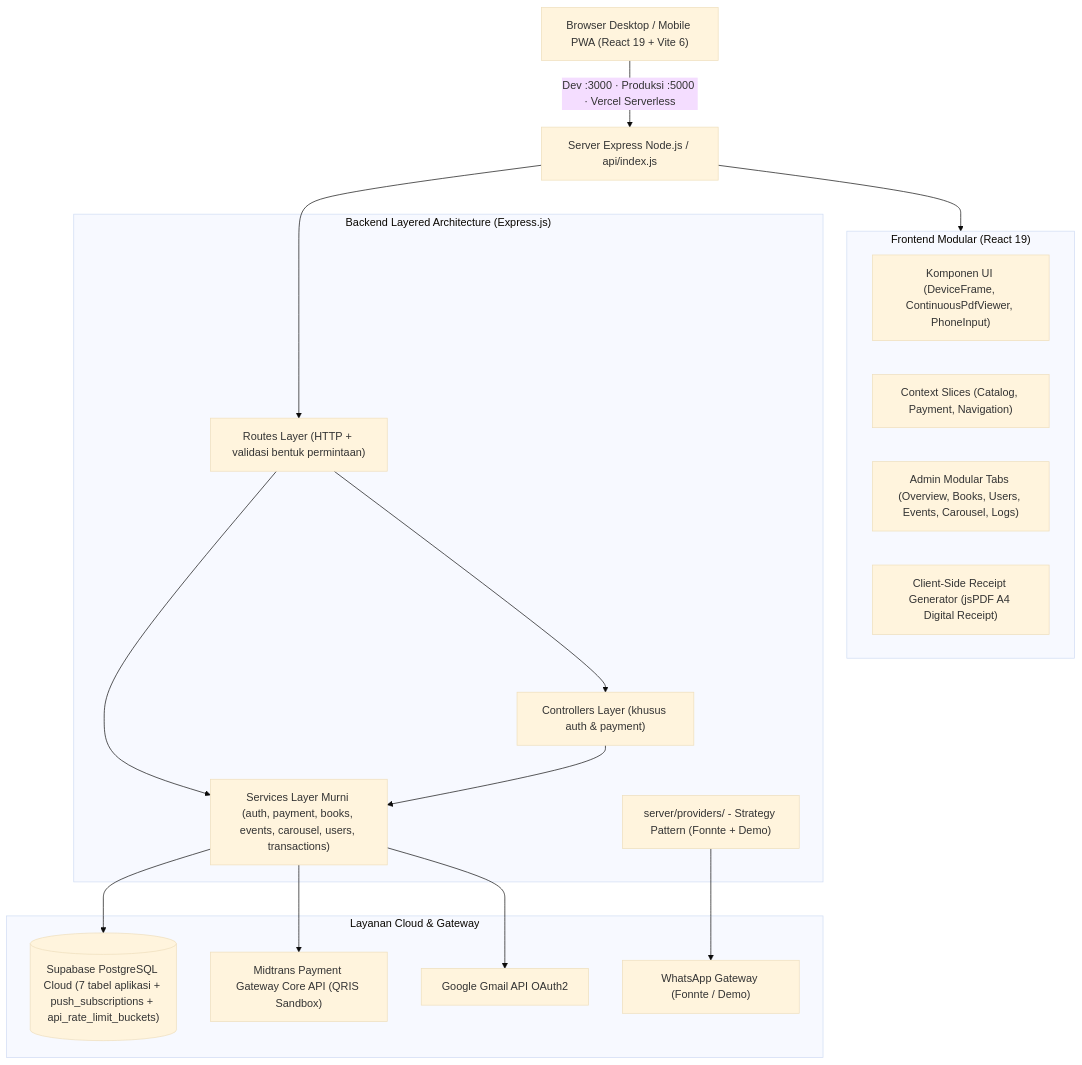
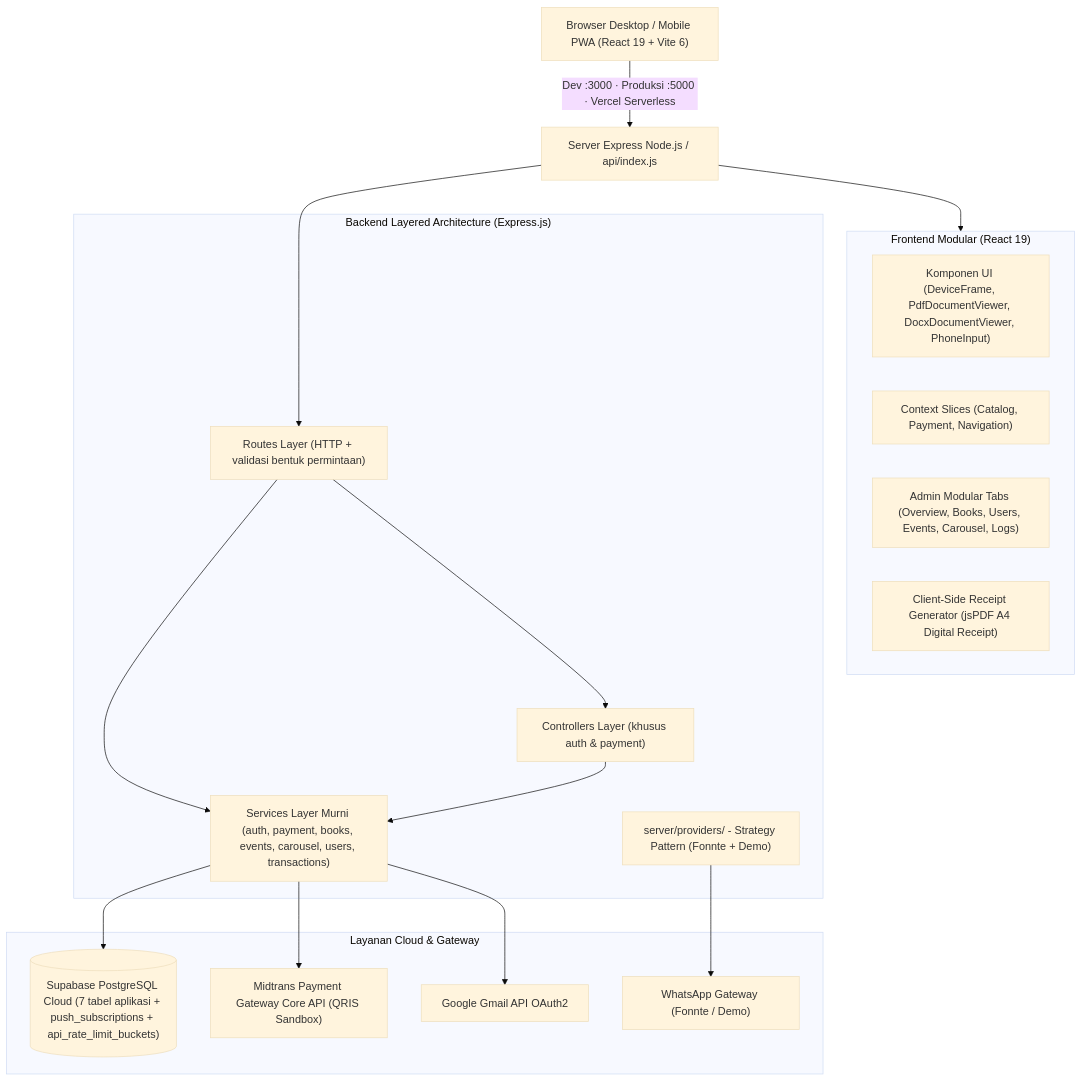
Before and after one commit to daffa-789/Mobile-app-ebook: the diagram in Master_Memory_Workflow.md, drawn with Mermaid (base theme). The commit also changed other lines of this file, not shown here.

Commit message:
docs: update Master_Memory_Workflow with native document engine refactoring and Supabase book unlock (R91)

````diff
--- a/Master_Memory_Workflow.md
+++ b/Master_Memory_Workflow.md
@@ -125,35 +125,35 @@
 ```mermaid
 graph TD
     Client["Browser Desktop / Mobile PWA (React 19 + Vite 6)"] -->|Dev :3000 · Produksi :5000 · Vercel Serverless| Express["Server Express Node.js / api/index.js"]
     
     subgraph Frontend ["Frontend Modular (React 19)"]
-        UI["Komponen UI (DeviceFrame, ContinuousPdfViewer, PhoneInput)"]
+        UI["Komponen UI (DeviceFrame, PdfDocumentViewer, DocxDocumentViewer, PhoneInput)"]
         State["Context Slices (Catalog, Payment, Navigation)"]
         AdminTabs["Admin Modular Tabs (Overview, Books, Users, Events, Carousel, Logs)"]
         Receipt["Client-Side Receipt Generator (jsPDF A4 Digital Receipt)"]
     end
 
     subgraph Backend ["Backend Layered Architecture (Express.js)"]
         Routes["Routes Layer (HTTP + validasi bentuk permintaan)"]
         Controllers["Controllers Layer (khusus auth & payment)"]
         Services["Services Layer Murni (auth, payment, books, events, carousel, users, transactions)"]
         WAProviders["server/providers/ - Strategy Pattern (Fonnte + Demo)"]
     end
 
     subgraph External ["Layanan Cloud & Gateway"]
         Supa[("Supabase PostgreSQL Cloud (7 tabel aplikasi + push_subscriptions + api_rate_limit_buckets)")]
         Midtrans["Midtrans Payment Gateway Core API (QRIS Sandbox)"]
         Gmail["Google Gmail API OAuth2"]
         WAGateway["WhatsApp Gateway (Fonnte / Demo)"]
     end
 
     Express --> Frontend
     Express --> Routes
     Routes --> Controllers
     Routes --> Services
     Controllers --> Services
     Services --> Supa
     Services --> Midtrans
     Services --> Gmail
     WAProviders --> WAGateway
 ```
````
